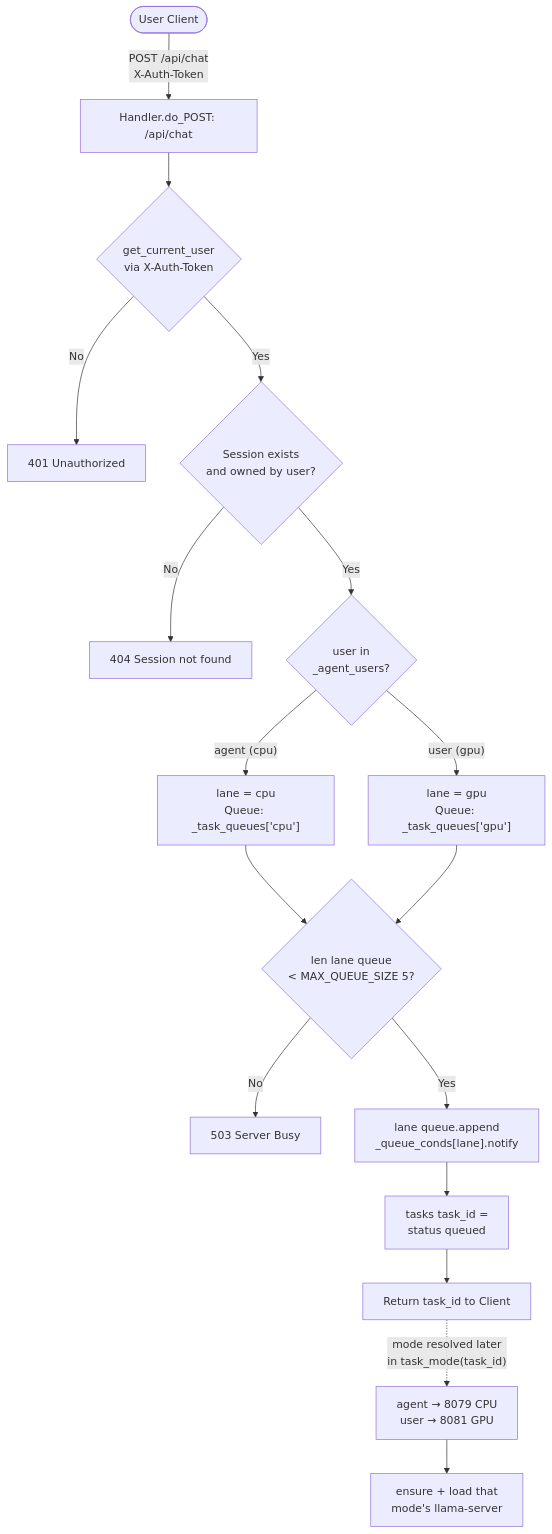
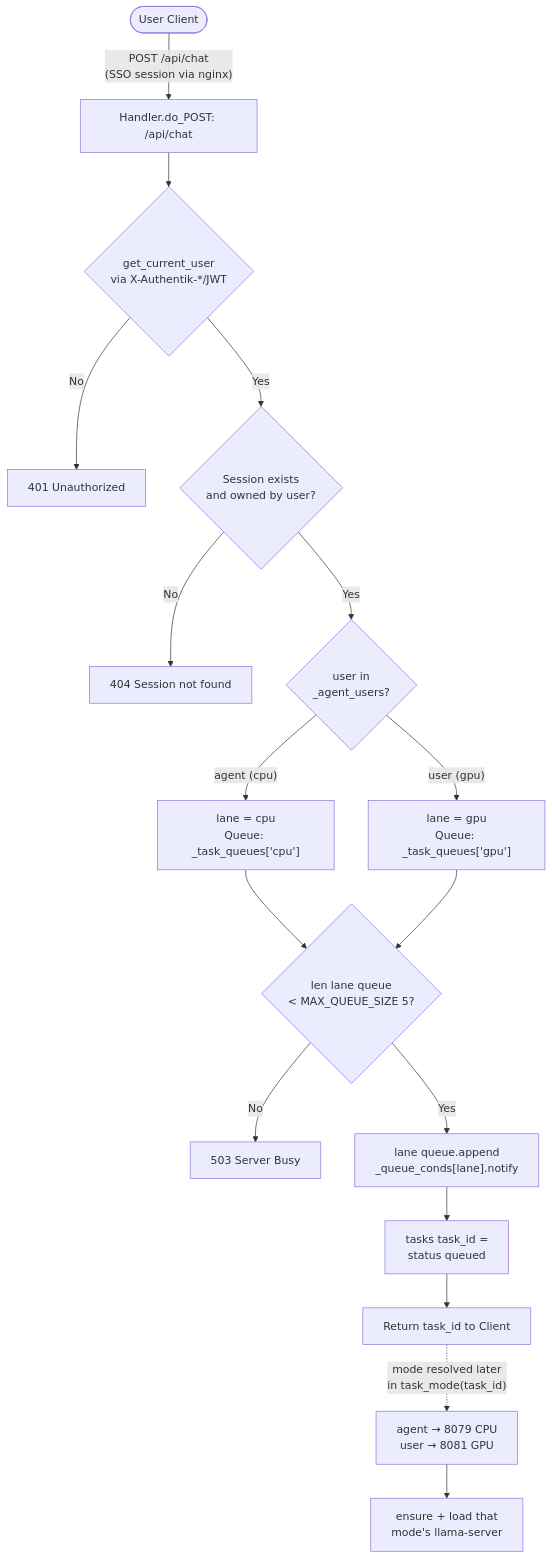
One commit to Palash90/local-ai changed the seventh of 12 diagrams in README.md. Above: the diagram before and after it, drawn with Mermaid. The commit also changed other lines of this file and 12 other files, not shown here.

````diff
--- a/README.md
+++ b/README.md
@@ -391,21 +436,21 @@
 ```mermaid
 graph TD
-    Client([User Client]) -->|"POST /api/chat\nX-Auth-Token"| EndpointChat
+    Client([User Client]) -->|"POST /api/chat\n(SSO session via nginx)"| EndpointChat
 
     EndpointChat["Handler.do_POST: /api/chat"]
-    EndpointChat --> AuthCheck{"get_current_user\nvia X-Auth-Token"}
+    EndpointChat --> AuthCheck{"get_current_user\nvia X-Authentik-*/JWT"}
     AuthCheck -- No --> AuthErr[401 Unauthorized]
     AuthCheck -- Yes --> SessionCheck{"Session exists\nand owned by user?"}
     SessionCheck -- No --> SessionErr[404 Session not found]
     SessionCheck -- Yes --> RouteAtAdmission{"user in\n_agent_users?"}
     RouteAtAdmission -- "agent (cpu)" --> LaneCPU["lane = cpu\nQueue: _task_queues['cpu']"]
     RouteAtAdmission -- "user (gpu)" --> LaneGPU["lane = gpu\nQueue: _task_queues['gpu']"]
     LaneCPU --> QueueCheck{"len lane queue\n< MAX_QUEUE_SIZE 5?"}
     LaneGPU --> QueueCheck
     QueueCheck -- No --> QueueBusy[503 Server Busy]
     QueueCheck -- Yes --> EnqueueTask["lane queue.append\n_queue_conds[lane].notify"]
     EnqueueTask --> TaskInit["tasks task_id =\nstatus queued"]
     TaskInit --> ReturnTaskID["Return task_id to Client"]
     ReturnTaskID -. "mode resolved later\nin task_mode(task_id)" .-> TaskMode["agent → 8079 CPU\nuser → 8081 GPU"]
     TaskMode --> EnsureServer["ensure + load that\nmode's llama-server"]
 ```
````
